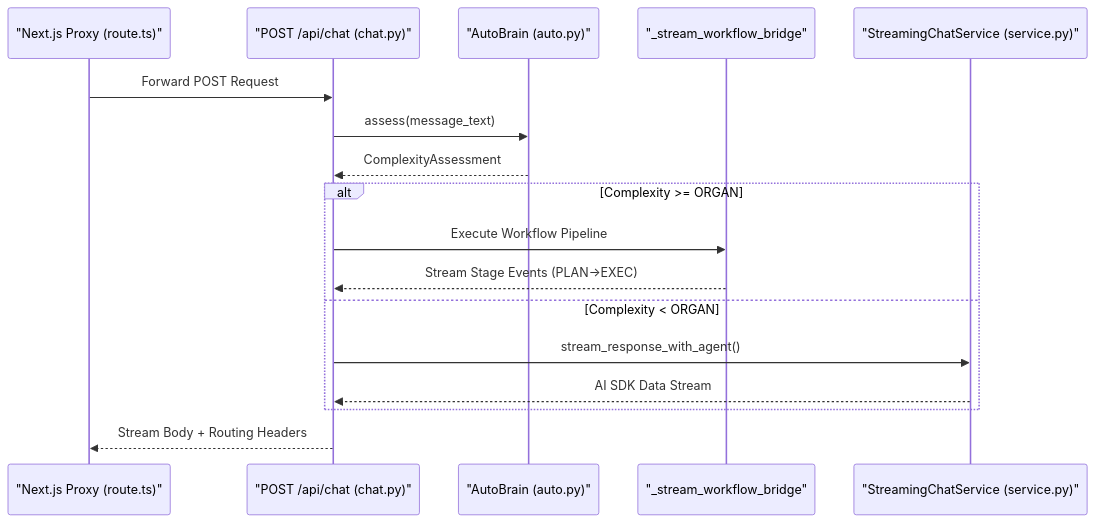
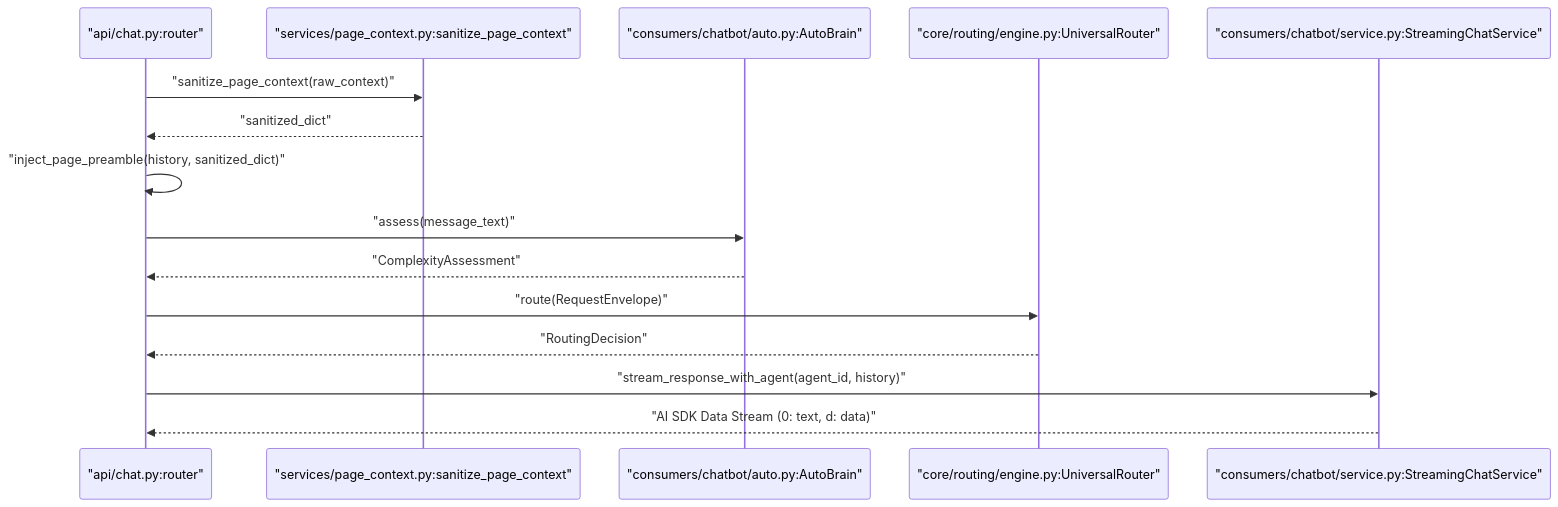
Before and after one commit to AutomatosAI/automatos-ai: the first of 3 diagrams in docs/chat-interface/chat-api-streaming.md, drawn with Mermaid. The commit also changed other lines of this file and 191 other files, not shown here.

````diff
--- a/docs/chat-interface/chat-api-streaming.md
+++ b/docs/chat-interface/chat-api-streaming.md
@@ -85,21 +106,20 @@
 ```mermaid
 sequenceDiagram
-    participant Proxy as "Next.js Proxy (route.ts)"
-    participant API as "POST /api/chat (chat.py)"
-    participant Auto as "AutoBrain (auto.py)"
-    participant Bridge as "_stream_workflow_bridge"
-    participant Stream as "StreamingChatService (service.py)"
+    participant API as "api/chat.py:router"
+    participant Context as "services/page_context.py:sanitize_page_context"
+    participant Auto as "consumers/chatbot/auto.py:AutoBrain"
+    participant Router as "core/routing/engine.py:UniversalRouter"
+    participant Stream as "consumers/chatbot/service.py:StreamingChatService"
 
-    Proxy->>API: Forward POST Request
-    API->>Auto: assess(message_text)
-    Auto-->>API: ComplexityAssessment
+    API->>Context: "sanitize_page_context(raw_context)"
+    Context-->>API: "sanitized_dict"
+    API->>API: "inject_page_preamble(history, sanitized_dict)"
+    API->>Auto: "assess(message_text)"
+    Auto-->>API: "ComplexityAssessment"
     
-    alt Complexity >= ORGAN
-        API->>Bridge: Execute Workflow Pipeline
-        Bridge-->>API: Stream Stage Events (PLAN->EXEC)
-    else Complexity < ORGAN
-        API->>Stream: stream_response_with_agent()
-        Stream-->>API: AI SDK Data Stream
-    end
-    API-->>Proxy: Stream Body + Routing Headers
+    API->>Router: "route(RequestEnvelope)"
+    Router-->>API: "RoutingDecision"
+    
+    API->>Stream: "stream_response_with_agent(agent_id, history)"
+    Stream-->>API: "AI SDK Data Stream (0: text, d: data)"
 ```
````
